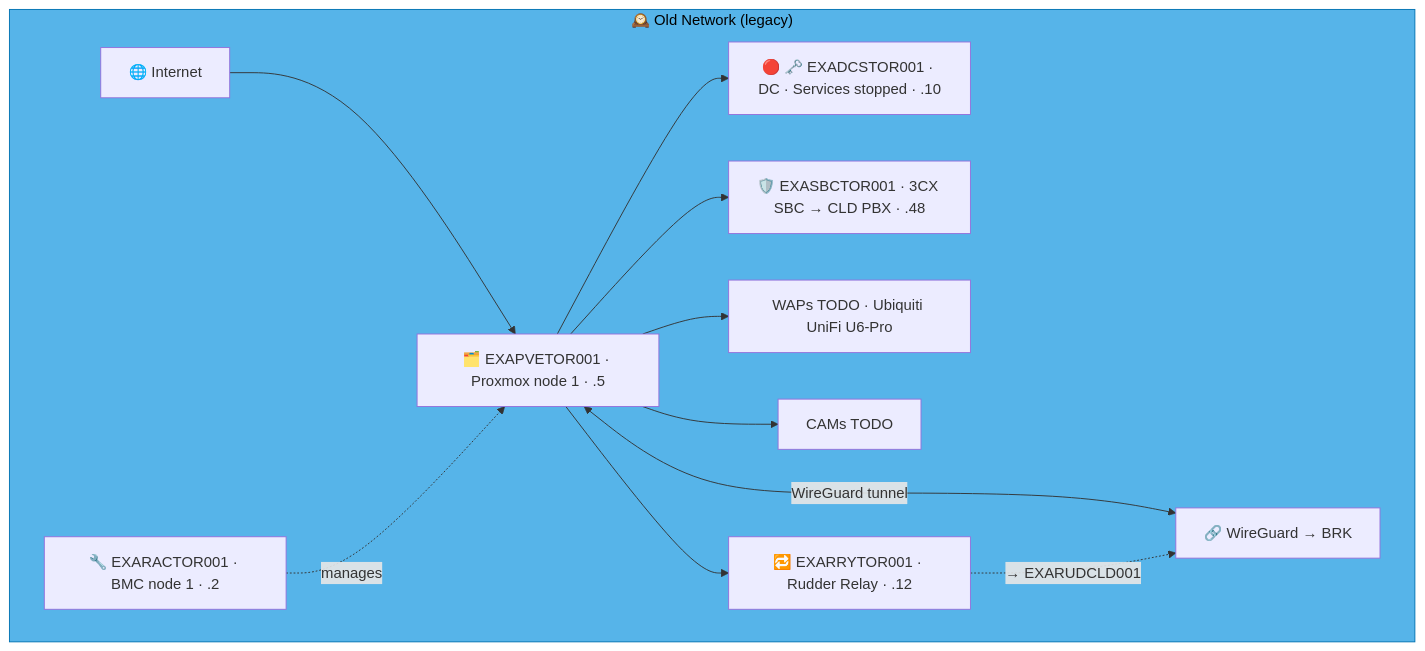
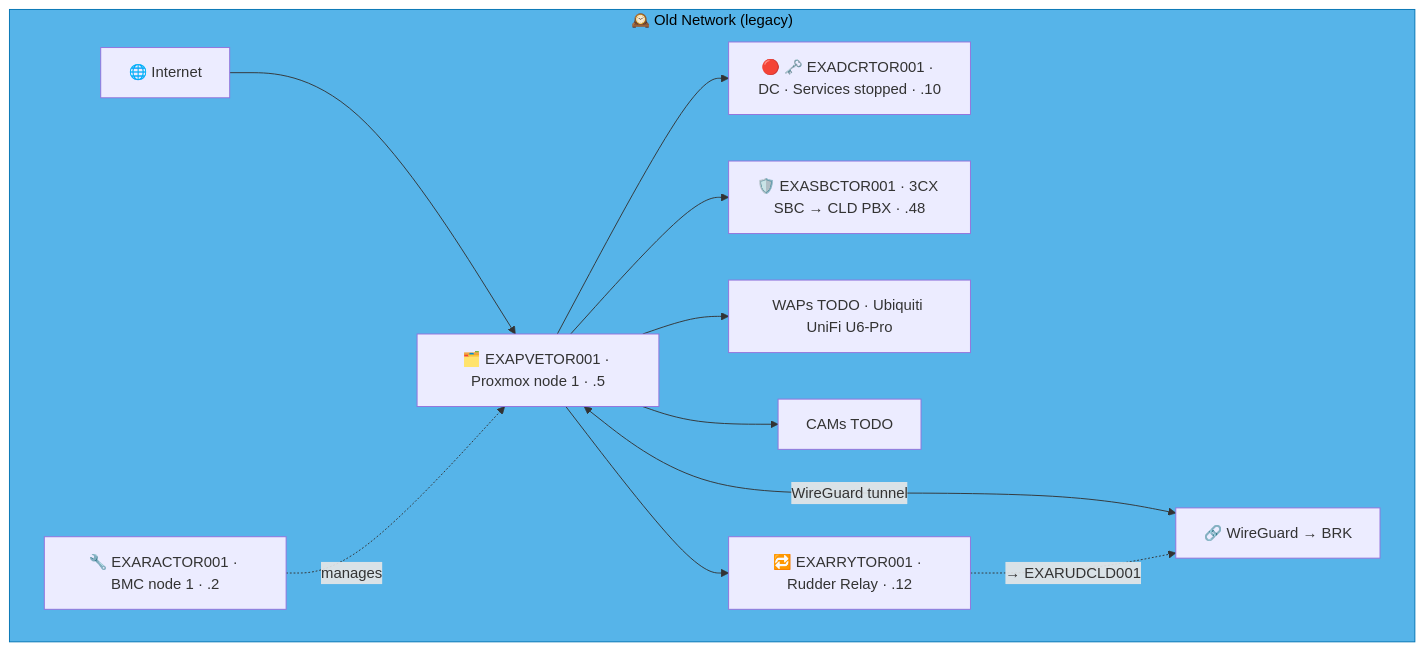
The fifth of 8 diagrams in docs/network-diagram/canada.md (knightmare2600/example_music_infra), drawn with Mermaid before and after one commit. The commit also changed other lines of this file and 8 other files, not shown here.

````diff
--- a/docs/network-diagram/canada.md
+++ b/docs/network-diagram/canada.md
@@ -250,23 +240,23 @@
 ```mermaid
 graph TD
     subgraph OLD_TOR ["🕰️ Old Network (legacy)"]
       INET["🌐 Internet"]
       RAC["🔧 EXARACTOR001 · BMC node 1 · .2"]
       PVE["🗂️ EXAPVETOR001 · Proxmox node 1 · .5"]
-      DC["🔴 🗝️ EXADCSTOR001 · DC · Services stopped · .10"]
+      DC["🔴 🗝️ EXADCRTOR001 · DC · Services stopped · .10"]
       SBC["🛡️ EXASBCTOR001 · 3CX SBC → CLD PBX · .48"]
       RRY["🔁 EXARRYTOR001 · Rudder Relay · .12"]
       WAP["WAPs TODO · Ubiquiti UniFi U6-Pro"]
       CAM["CAMs TODO"]
       VPN["🔗 WireGuard → BRK"]
 
       INET --> PVE --> DC & SBC
       RAC -.->|"manages"| PVE
       PVE --> WAP & CAM
       PVE <-->|"WireGuard tunnel"| VPN
 
       PVE --> RRY
       RRY -. "→ EXARUDCLD001" .-> VPN
     end
     style OLD_TOR fill:#56B4E9,stroke:#0072B2,color:#000000
 ```
````
